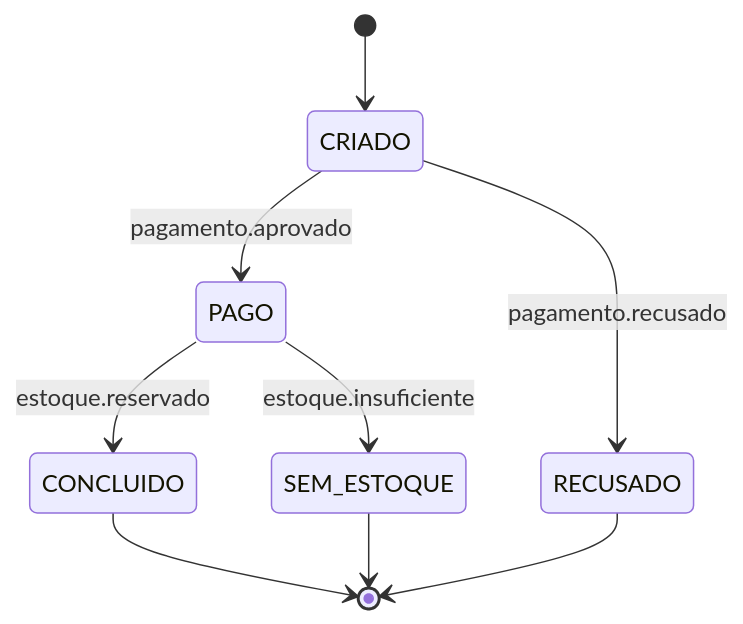
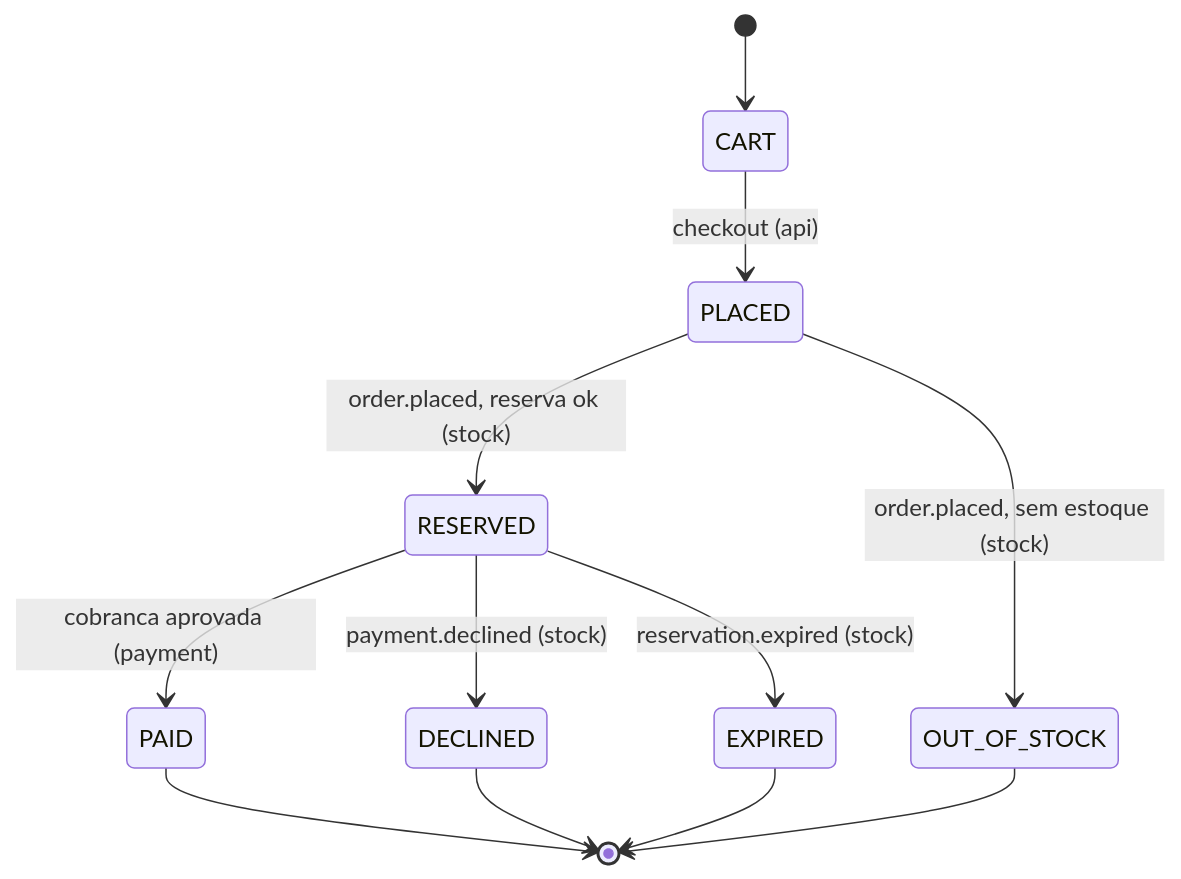
One commit to NicolasPaterno/message-queue-ecommerce changed the third of 6 diagrams in docs/etapa2.md. Above: the diagram before and after it, drawn with Mermaid. The commit also changed other lines of this file, not shown here.

Commit message:
docs(etapa2): reserve stock before payment with ttl expiry and cas status

````diff
--- a/docs/etapa2.md
+++ b/docs/etapa2.md
@@ -180,11 +205,14 @@
 ```mermaid
 stateDiagram-v2
-    [*] --> CRIADO
-    CRIADO --> PAGO: pagamento.aprovado
-    CRIADO --> RECUSADO: pagamento.recusado
-    PAGO --> CONCLUIDO: estoque.reservado
-    PAGO --> SEM_ESTOQUE: estoque.insuficiente
-    CONCLUIDO --> [*]
-    RECUSADO --> [*]
-    SEM_ESTOQUE --> [*]
+    [*] --> CART
+    CART --> PLACED: checkout (api)
+    PLACED --> RESERVED: order.placed, reserva ok (stock)
+    PLACED --> OUT_OF_STOCK: order.placed, sem estoque (stock)
+    RESERVED --> PAID: cobranca aprovada (payment)
+    RESERVED --> DECLINED: payment.declined (stock)
+    RESERVED --> EXPIRED: reservation.expired (stock)
+    PAID --> [*]
+    OUT_OF_STOCK --> [*]
+    DECLINED --> [*]
+    EXPIRED --> [*]
 ```
````
